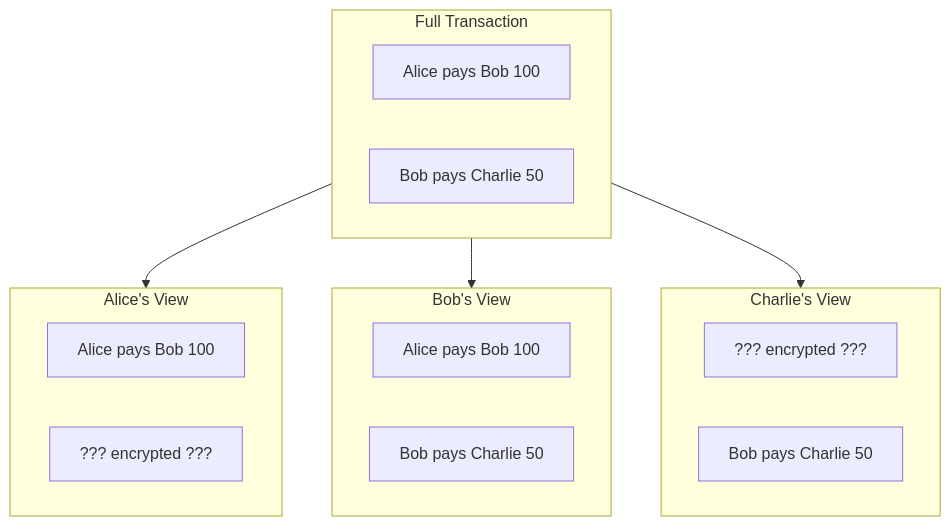
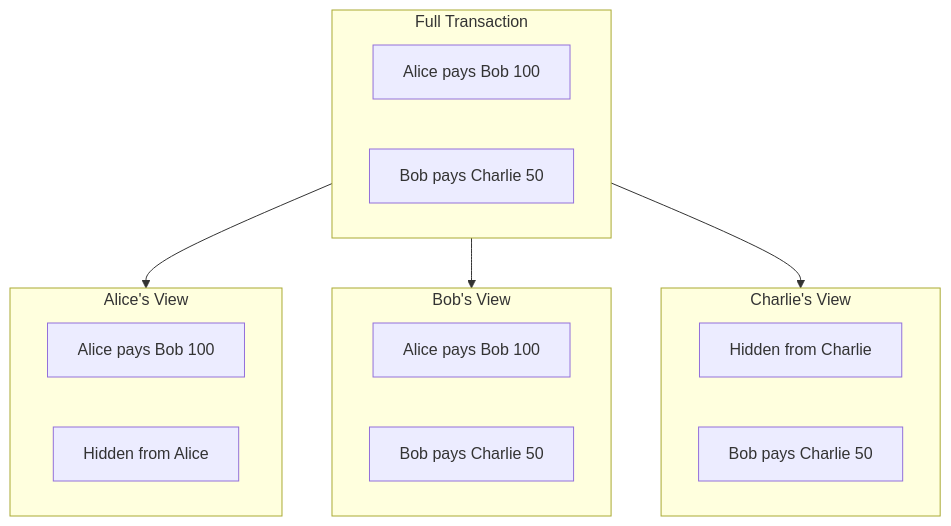
Before and after one commit to canton-network/cf-docs: the fourth of 4 diagrams in docs-main/overview/learn/ledger-model.mdx, drawn with Mermaid. The commit also changed other lines of this file and 3 other files, not shown here.

````diff
--- a/docs-main/overview/learn/ledger-model.mdx
+++ b/docs-main/overview/learn/ledger-model.mdx
@@ -200,26 +200,26 @@
 ```mermaid
 flowchart TB
     subgraph Full[Full Transaction]
         A[Alice pays Bob 100]
         B[Bob pays Charlie 50]
     end
 
     Full --> VA[Alice's View]
     Full --> VB[Bob's View]
     Full --> VC[Charlie's View]
 
     subgraph VA[Alice's View]
         A1[Alice pays Bob 100]
-        A2[??? encrypted ???]
+        A2[Hidden from Alice]
     end
 
     subgraph VB[Bob's View]
         B1[Alice pays Bob 100]
         B2[Bob pays Charlie 50]
     end
 
     subgraph VC[Charlie's View]
-        C1[??? encrypted ???]
+        C1[Hidden from Charlie]
         C2[Bob pays Charlie 50]
     end
 ```
````
